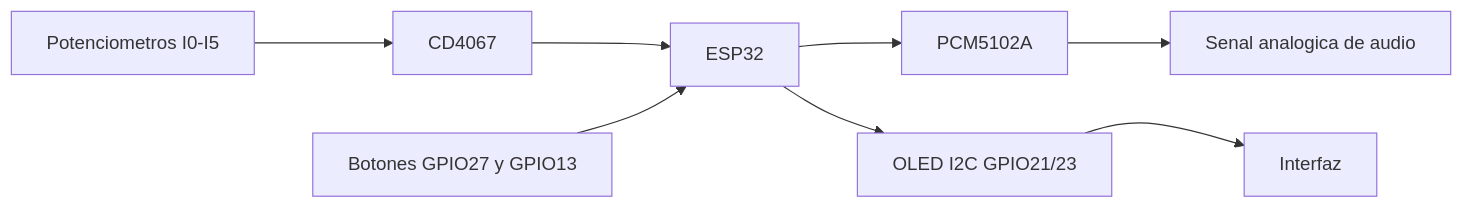
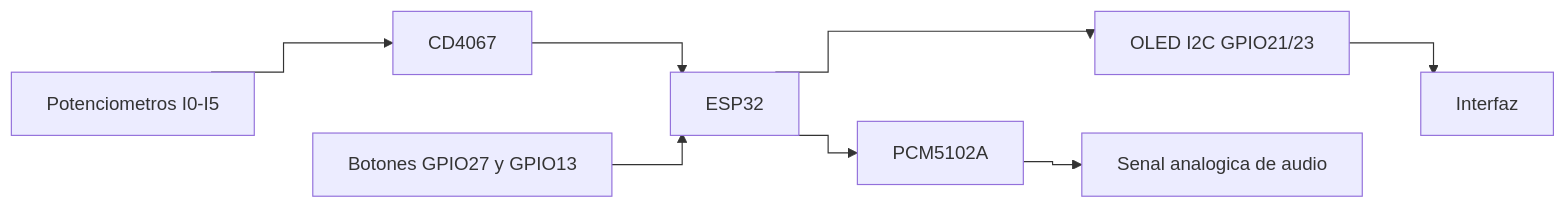
One commit to pablex99/Synth changed the first of 2 diagrams in README.md. Above: the diagram before and after it, drawn with Mermaid. The commit also changed other lines of this file, not shown here.

Commit message:
Refine README diagram routing and button visuals (#12)

````diff
--- a/README.md
+++ b/README.md
@@ -20,16 +20,20 @@
 ```mermaid
+%%{init: {'flowchart': {'curve': 'stepAfter'}}}%%
 flowchart LR
   POTS[Potenciometros I0-I5] --> MUX[CD4067]
   MUX --> ESP[ESP32]
   ESP --> DAC[PCM5102A]
   DAC --> AUDIO[Senal analogica de audio]
 
   BTN[Botones GPIO27 y GPIO13] --> ESP
   ESP --> OLED[OLED I2C GPIO21/23]
   OLED --> UI[Interfaz]
 
-	BTN --- OLED
-	OLED --- UI
+	POTS --- BTN
+	DAC --- OLED
+	AUDIO --- UI
+
 	linkStyle 7 stroke:transparent,stroke-width:0px
 	linkStyle 8 stroke:transparent,stroke-width:0px
+	linkStyle 9 stroke:transparent,stroke-width:0px
 ```
````
